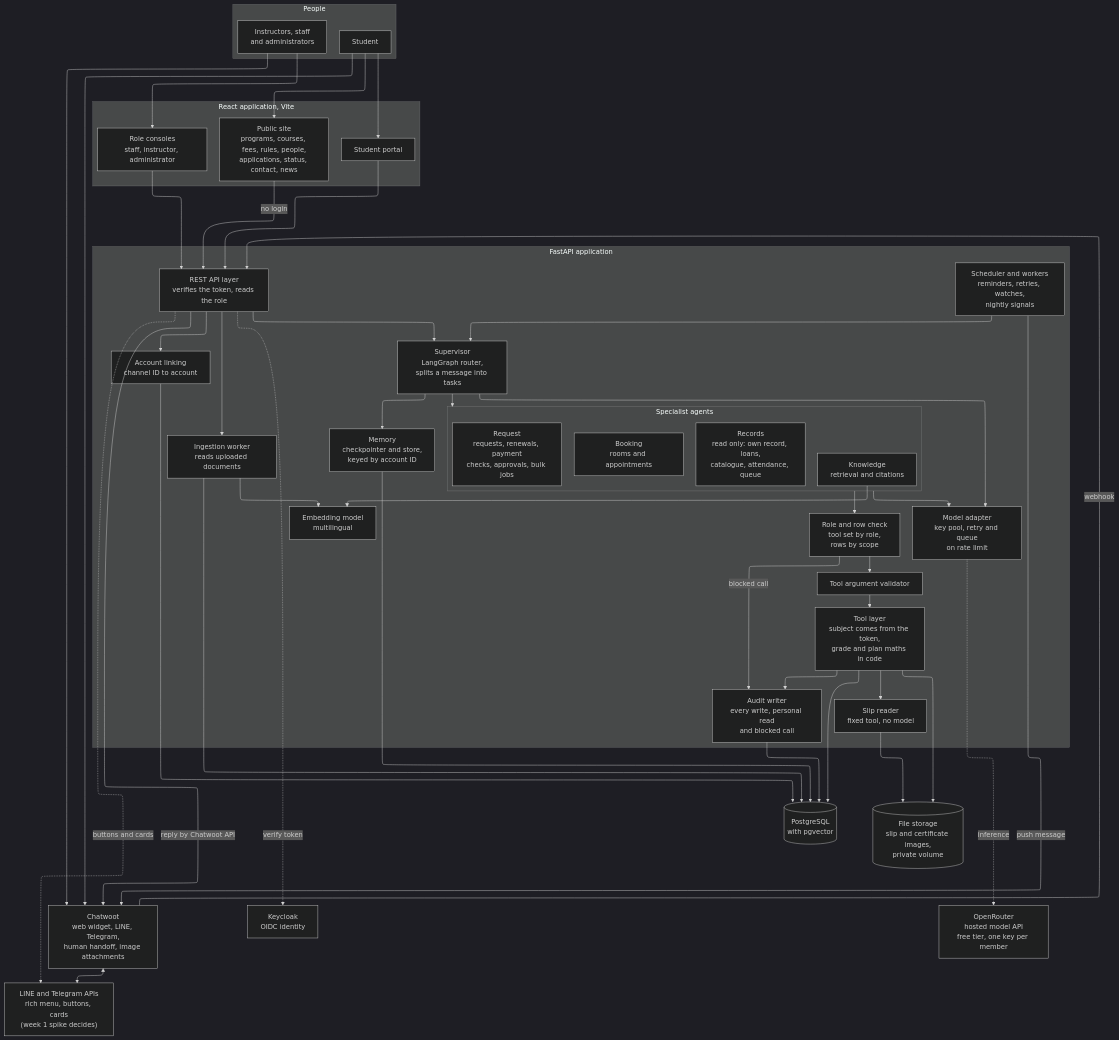
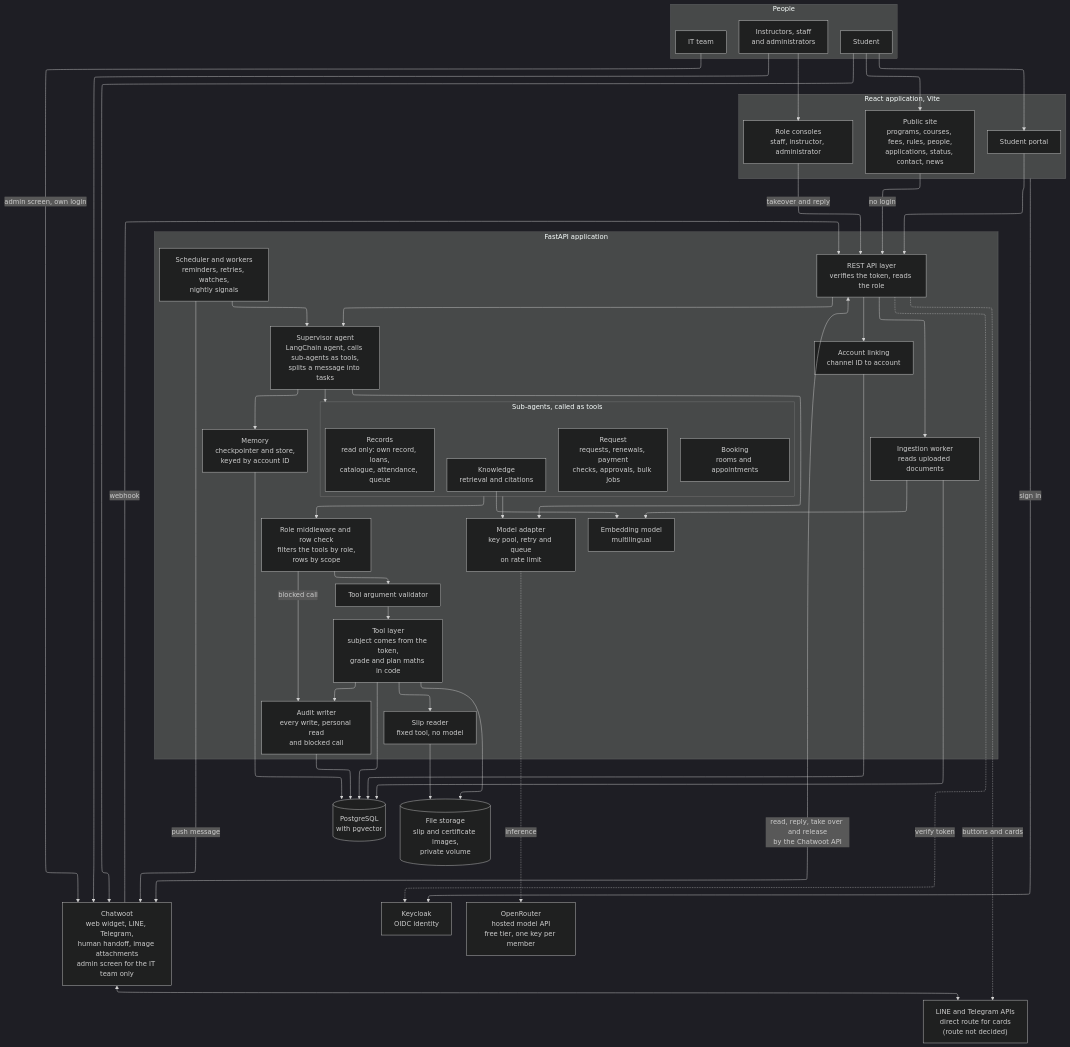
Before and after one commit to SaiWaiYanLynn/smart-university-website: the diagram in design/diagrams/01_architecture.mmd, drawn with Mermaid (dark theme). The commit also changed 29 other files, not shown here.

Commit message:
Updated diagrams for supervisor with sub-agents and the new staff and instructor pages

```diff
--- a/design/diagrams/01_architecture.mmd
+++ b/design/diagrams/01_architecture.mmd
@@ -1,90 +1,93 @@
 ---
 config:
   layout: elk
 ---
 flowchart TB
   subgraph Users["People"]
     STU["Student"]
     STF["Instructors, staff<br/>and administrators"]
+    ITT["IT team"]
   end
 
   subgraph Frontend["React application, Vite"]
     PUB["Public site<br/>programs, courses, fees, rules, people,<br/>applications, status, contact, news"]
     POR["Student portal"]
     CON["Role consoles<br/>staff, instructor, administrator"]
   end
 
-  CWT["Chatwoot<br/>web widget, LINE, Telegram,<br/>human handoff, image attachments"]
-  CHN["LINE and Telegram APIs<br/>rich menu, buttons, cards<br/>(week 1 spike decides)"]
+  CWT["Chatwoot<br/>web widget, LINE, Telegram,<br/>human handoff, image attachments<br/>admin screen for the IT team only"]
+  CHN["LINE and Telegram APIs<br/>direct route for cards<br/>(route not decided)"]
 
   subgraph API["FastAPI application"]
     REST["REST API layer<br/>verifies the token, reads the role"]
     LNK["Account linking<br/>channel ID to account"]
-    SUP["Supervisor<br/>LangGraph router,<br/>splits a message into tasks"]
+    SUP["Supervisor agent<br/>LangChain agent, calls sub-agents as tools,<br/>splits a message into tasks"]
     MEM["Memory<br/>checkpointer and store,<br/>keyed by account ID"]
     SCH["Scheduler and workers<br/>reminders, retries, watches,<br/>nightly signals"]
-    subgraph AG["Specialist agents"]
+    subgraph AG["Sub-agents, called as tools"]
       K["Knowledge<br/>retrieval and citations"]
       R["Records<br/>read only: own record, loans,<br/>catalogue, attendance, queue"]
       B["Booking<br/>rooms and appointments"]
       Q["Request<br/>requests, renewals, payment<br/>checks, approvals, bulk jobs"]
     end
-    ROLE["Role and row check<br/>tool set by role,<br/>rows by scope"]
+    ROLE["Role middleware and row check<br/>filters the tools by role,<br/>rows by scope"]
     VAL["Tool argument validator"]
     TOOL["Tool layer<br/>subject comes from the token,<br/>grade and plan maths in code"]
     SLP["Slip reader<br/>fixed tool, no model"]
     AUD["Audit writer<br/>every write, personal read<br/>and blocked call"]
     ING["Ingestion worker<br/>reads uploaded documents"]
     EMB["Embedding model<br/>multilingual"]
     LLM["Model adapter<br/>key pool, retry and queue<br/>on rate limit"]
   end
 
   PG[("PostgreSQL<br/>with pgvector")]
   FS[("File storage<br/>slip and certificate images,<br/>private volume")]
   KC["Keycloak<br/>OIDC identity"]
   OR["OpenRouter<br/>hosted model API<br/>free tier, one key per member"]
 
   STU --> PUB
   STU --> POR
   STU --> CWT
   STF --> CON
   STF --> CWT
+  ITT -- "admin screen, own login" --> CWT
   CWT <--> CHN
 
   PUB -- "no login" --> REST
   POR --> REST
-  CON --> REST
+  CON -- "takeover and reply" --> REST
   CWT -- webhook --> REST
-  REST -- "reply by Chatwoot API" --> CWT
+  REST <-- "read, reply, take over and release<br/>by the Chatwoot API" --> CWT
   REST -. "buttons and cards" .-> CHN
 
   REST --> SUP
   REST -. verify token .-> KC
+  Frontend -- "sign in" --> KC
   REST --> LNK
   LNK --> PG
   REST --> ING
 
   SUP --> MEM
   MEM --> PG
   SCH --> SUP
   SCH -- "push message" --> CWT
 
   SUP --> AG
   AG --> ROLE
   ROLE --> VAL
   VAL --> TOOL
   ROLE -- "blocked call" --> AUD
 
   TOOL --> PG
   TOOL --> FS
   TOOL --> SLP
   SLP --> FS
   TOOL --> AUD
   AUD --> PG
   ING --> EMB
   K --> EMB
   ING --> PG
 
   SUP --> LLM
   AG --> LLM
   LLM -. inference .-> OR
```
